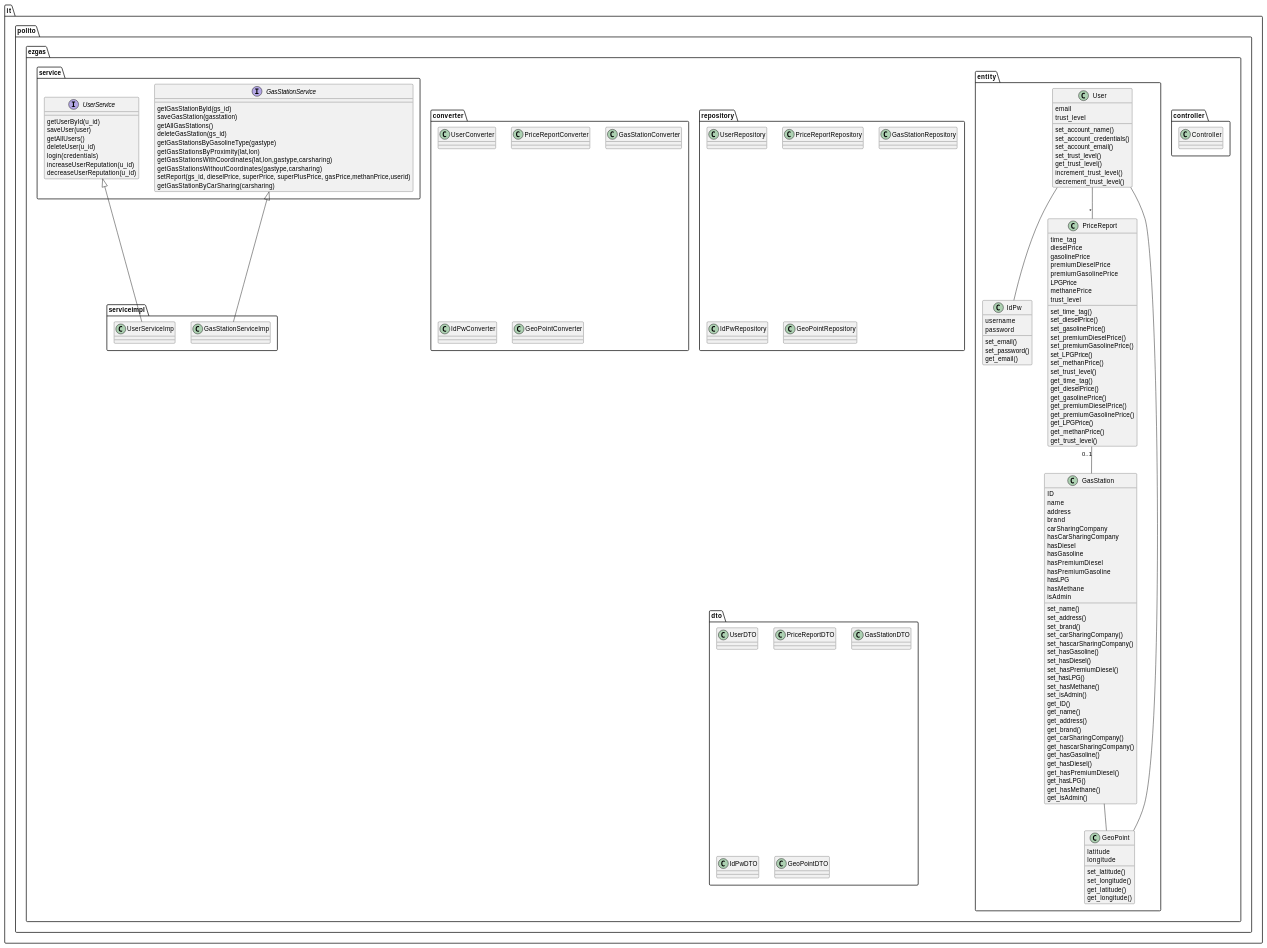
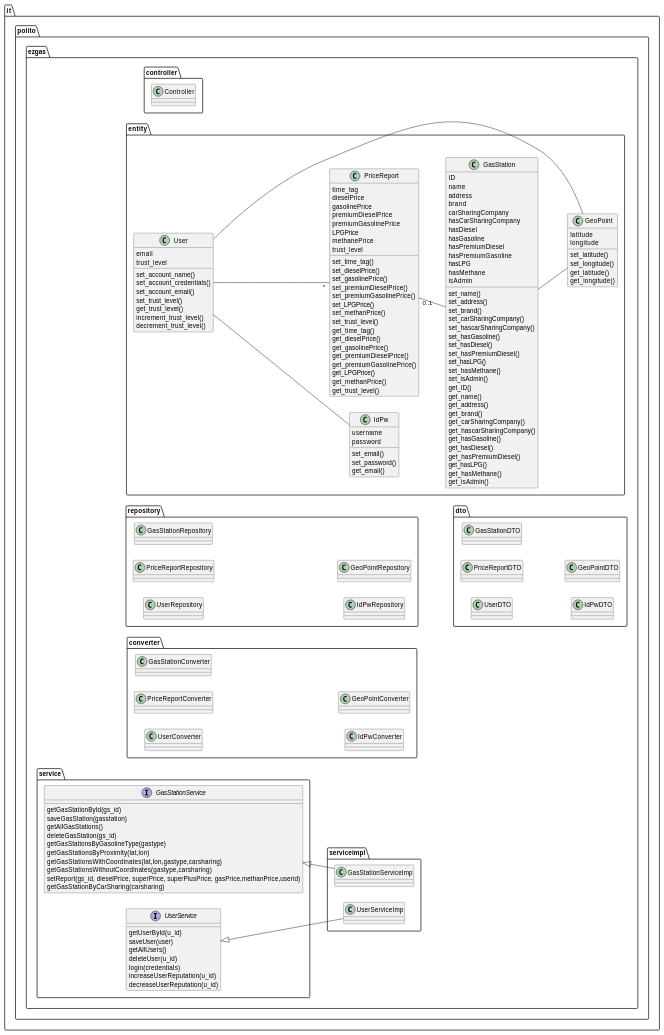
One commit to CangaRouter/ExGas changed the fourth of 4 diagrams in docs/DesignDocument.md. Above: the diagram before and after it, drawn with PlantUML.

Commit message:
docs: fix view of low level design

````diff
--- a/docs/DesignDocument.md
+++ b/docs/DesignDocument.md
@@ -226,6 +226,6 @@
 ```plantuml
 @startuml
-
+left to right direction
 Package it.polito.ezgas.controller{
 Class Controller{}
 }
````
